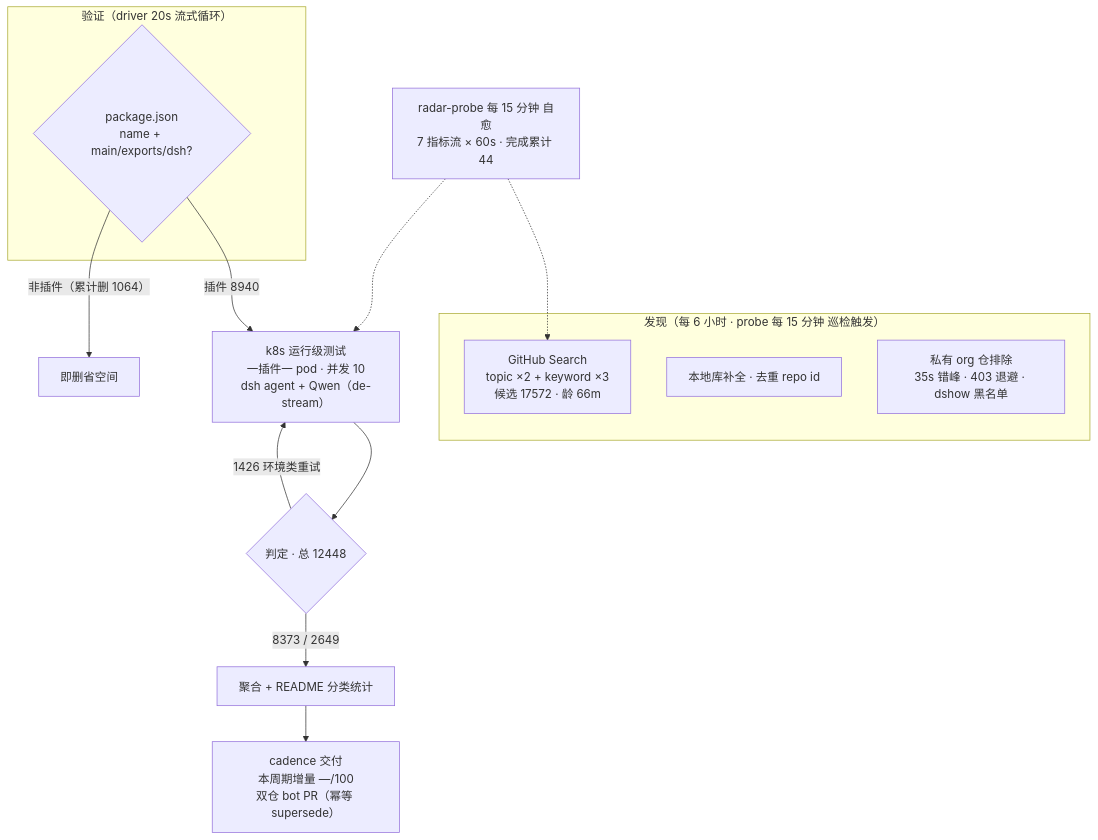
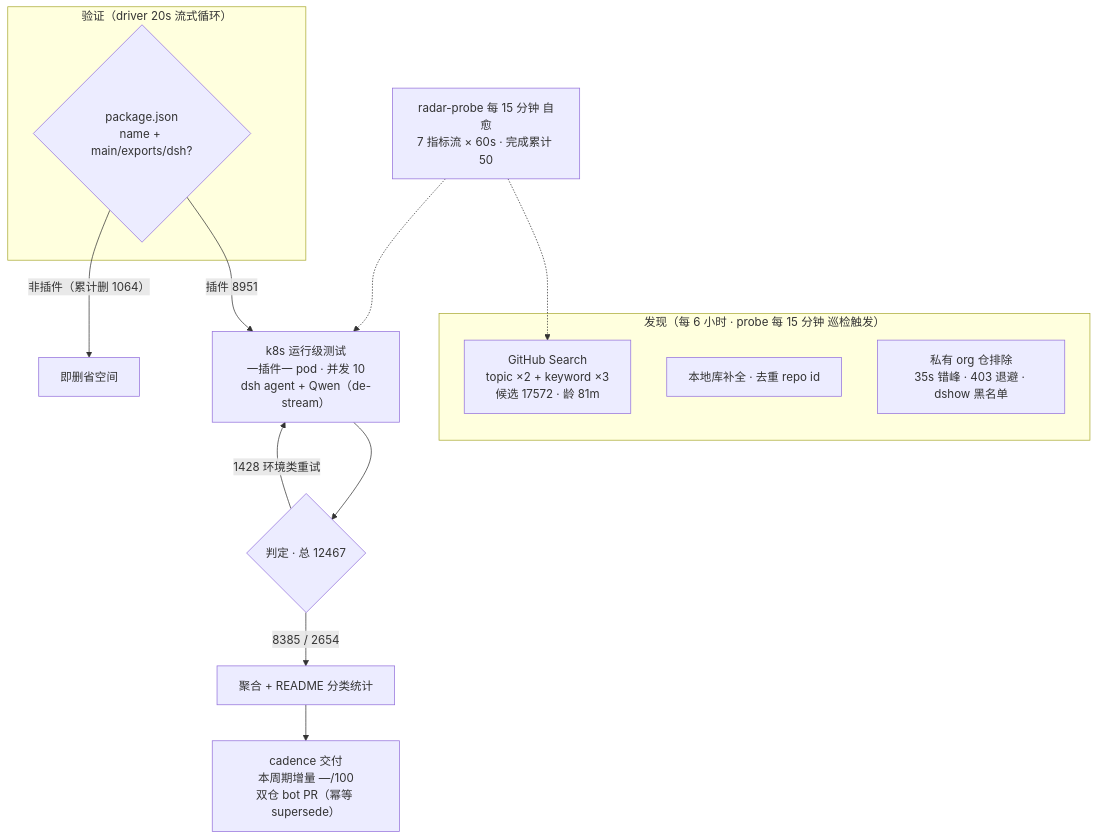
The diagram in README.md (Zhidao-Lab-OSS/awesome-dsh-plugins), drawn with Mermaid before and after one commit. The commit also changed other lines of this file and 1 other file, not shown here.

````diff
--- a/README.md
+++ b/README.md
@@ -52,20 +52,20 @@
 ```mermaid
 flowchart TB
     subgraph Discovery["发现（每 6 小时 · probe 每 15 分钟 巡检触发）"]
-        A1["GitHub Search<br/>topic ×2 + keyword ×3<br/>候选 17572 · 龄 66m"]
+        A1["GitHub Search<br/>topic ×2 + keyword ×3<br/>候选 17572 · 龄 81m"]
         A2["本地库补全 · 去重 repo id"]
         A3["私有 org 仓排除<br/>35s 错峰 · 403 退避 · dshow 黑名单"]
     end
     subgraph Validation["验证（driver 20s 流式循环）"]
         B1{"package.json<br/>name + main/exports/dsh?"}
     end
-    B1 -->|"插件 8940"| C1["k8s 运行级测试<br/>一插件一 pod · 并发 10<br/>dsh agent + Qwen（de-stream）"]
+    B1 -->|"插件 8951"| C1["k8s 运行级测试<br/>一插件一 pod · 并发 10<br/>dsh agent + Qwen（de-stream）"]
     B1 -->|"非插件（累计删 1064）"| B3["即删省空间"]
-    C1 --> D1{"判定 · 总 12448"}
-    D1 -->|"8373 / 2649"| E1["聚合 + README 分类统计"]
-    D1 -->|"1426 环境类重试"| C1
+    C1 --> D1{"判定 · 总 12467"}
+    D1 -->|"8385 / 2654"| E1["聚合 + README 分类统计"]
+    D1 -->|"1428 环境类重试"| C1
     E1 --> E2["cadence 交付<br/>本周期增量 —/100<br/>双仓 bot PR（幂等 supersede）"]
-    M["radar-probe 每 15 分钟 自愈<br/>7 指标流 × 60s · 完成累计 44"]
+    M["radar-probe 每 15 分钟 自愈<br/>7 指标流 × 60s · 完成累计 50"]
     M -.-> A1
     M -.-> C1
 ```
````
